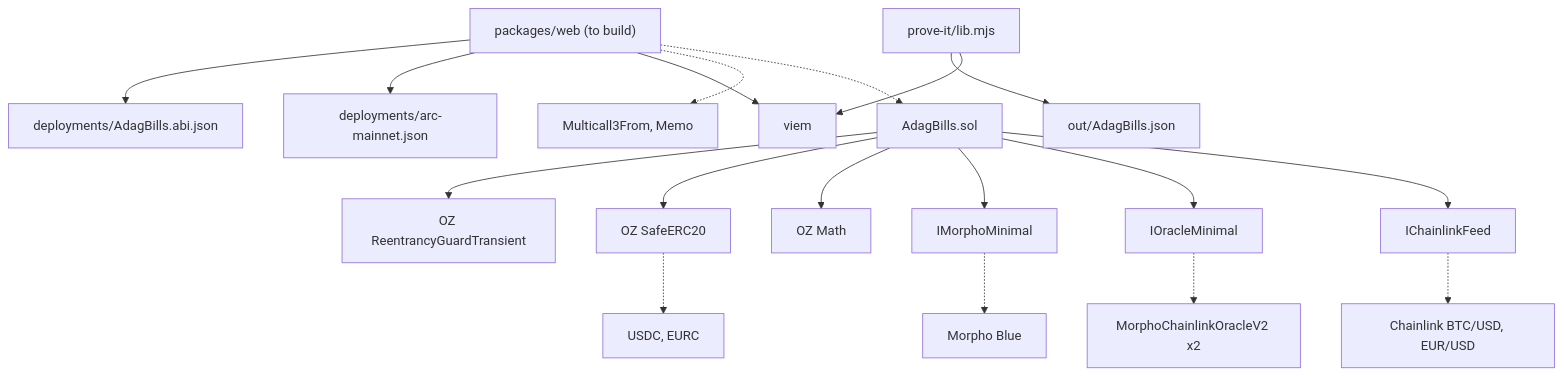
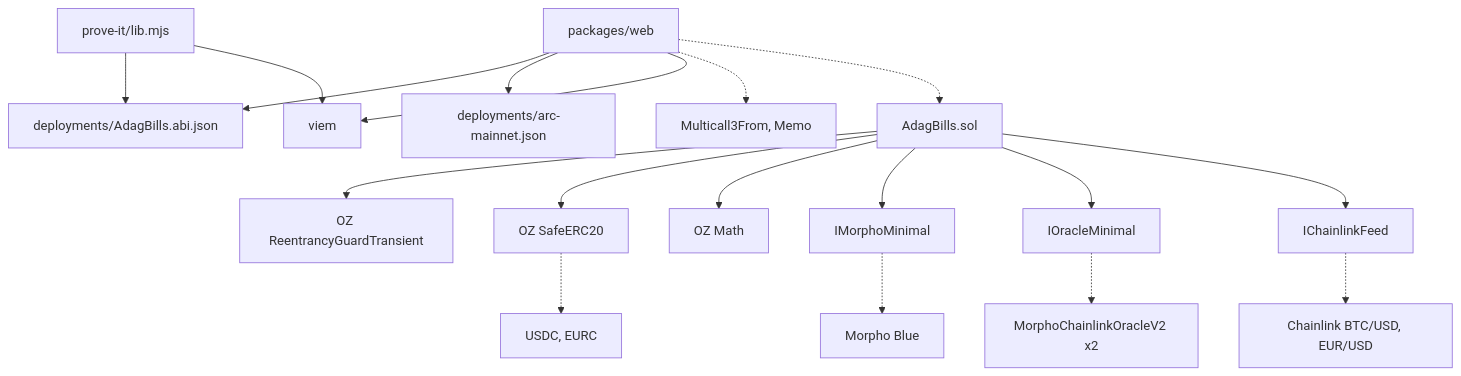
The third of 3 diagrams in ARCHITECTURE.md (ramakrishnanhulk20/Adag), drawn with Mermaid before and after one commit. The commit also changed other lines of this file and 10 other files, not shown here.

First line of the commit message:
docs: README, licence and corrected diagrams

````diff
--- a/ARCHITECTURE.md
+++ b/ARCHITECTURE.md
@@ -113,20 +111,20 @@
 ```mermaid
 flowchart TD
-  Web["packages/web (to build)"] --> ABI["deployments/AdagBills.abi.json"]
+  Web["packages/web"] --> ABI["deployments/AdagBills.abi.json"]
   Web --> Addr["deployments/arc-mainnet.json"]
   Web --> Viem["viem"]
-  Prove["prove-it/lib.mjs"] --> ABI2["out/AdagBills.json"]
+  Prove["prove-it/lib.mjs"] --> ABI
   Prove --> Viem
   Adag["AdagBills.sol"] --> RG["OZ ReentrancyGuardTransient"]
   Adag --> SE["OZ SafeERC20"]
   Adag --> MA["OZ Math"]
   Adag --> IM["IMorphoMinimal"]
   Adag --> IO["IOracleMinimal"]
   Adag --> IC["IChainlinkFeed"]
   IM -.-> Morpho["Morpho Blue"]
   IO -.-> Oracles["MorphoChainlinkOracleV2 x2"]
   IC -.-> Feeds["Chainlink BTC/USD, EUR/USD"]
   SE -.-> Tokens["USDC, EURC"]
   Web -.-> Arc["Multicall3From, Memo"]
   Web -.-> Adag
 ```
````
